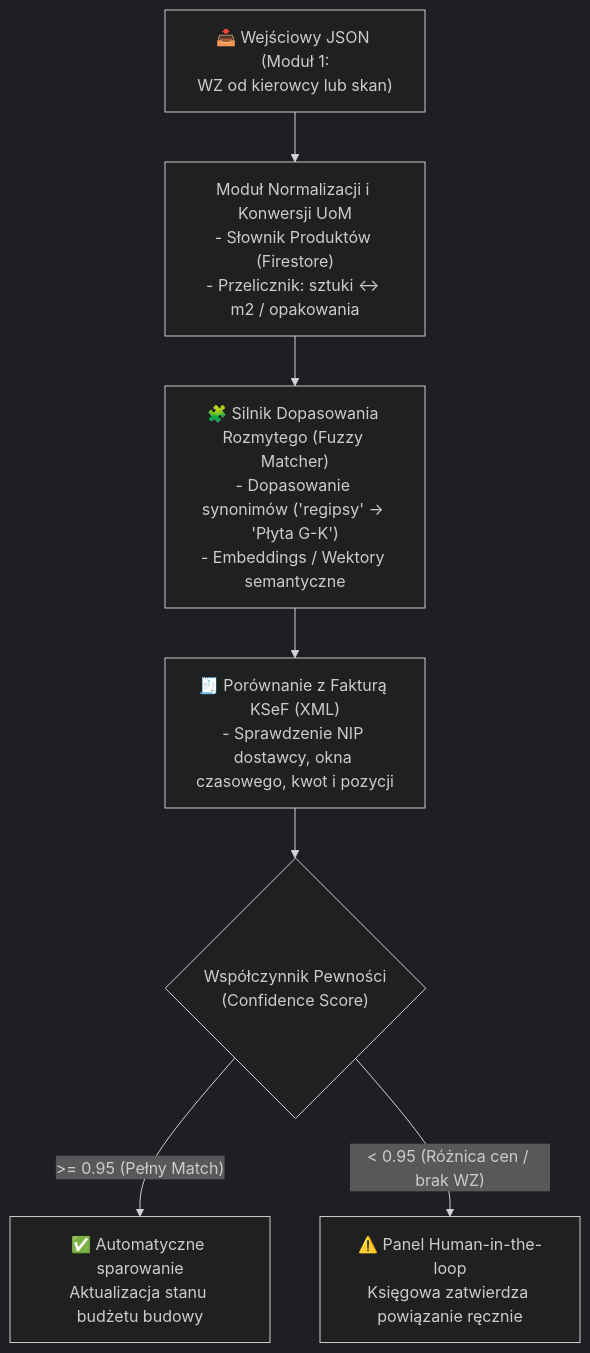
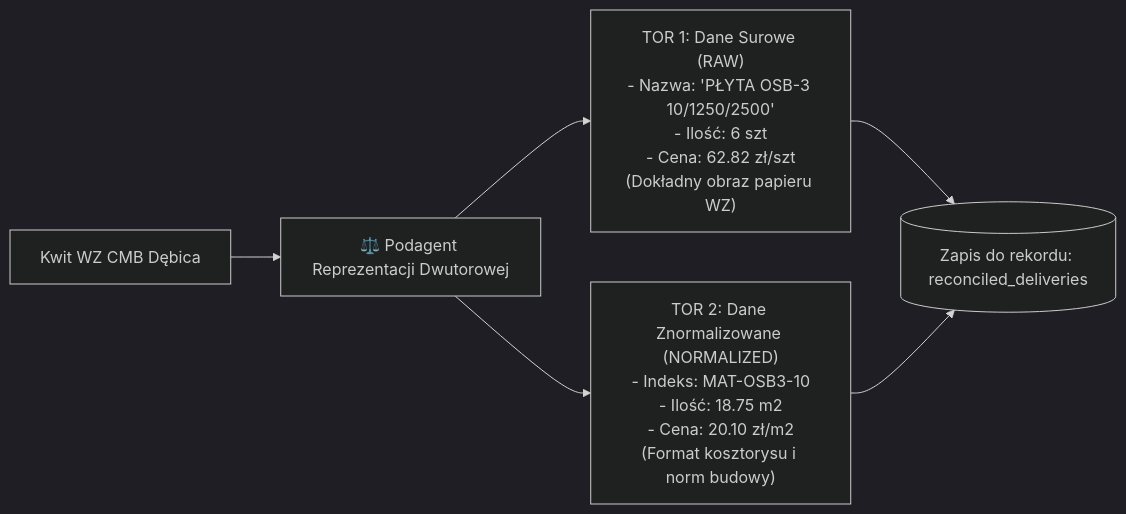
The fourth of 6 diagrams in biuro-ai.md (pesamfinal-svg/pesamsystem), drawn with Mermaid (dark theme) before and after one commit. The commit also changed other lines of this file and 17 other files, not shown here.

````diff
--- a/biuro-ai.md
+++ b/biuro-ai.md
@@ -136,13 +191,10 @@
 ```mermaid
-flowchart TD
-    IN["📥 Wejściowy JSON (Moduł 1:\nWZ od kierowcy lub skan)"] --> NORM["Moduł Normalizacji i Konwersji UoM\n- Słownik Produktów (Firestore)\n- Przelicznik: sztuki <-> m2 / opakowania"]
-    
-    NORM --> FUZZY["🧩 Silnik Dopasowania Rozmytego (Fuzzy Matcher)\n- Dopasowanie synonimów ('regipsy' -> 'Płyta G-K')\n- Embeddings / Wektory semantyczne"]
-    
-    FUZZY --> COMP["🧾 Porównanie z Fakturą KSeF (XML)\n- Sprawdzenie NIP dostawcy, okna czasowego, kwot i pozycji"]
-    
-    COMP --> DEC{"Współczynnik Pewności\n(Confidence Score)"}
-    
-    DEC -->|">= 0.95 (Pełny Match)"| AUTO["✅ Automatyczne sparowanie\nAktualizacja stanu budżetu budowy"]
-    DEC -->|"< 0.95 (Różnica cen / brak WZ)"| HITL["⚠️ Panel Human-in-the-loop\nKsięgowa zatwierdza powiązanie ręcznie"]
+flowchart LR
+    WZ["Kwit WZ CMB Dębica"] --> DUAL["⚖️ Podagent Reprezentacji Dwutorowej"]
+
+    DUAL --> TOR1["TOR 1: Dane Surowe (RAW)\n- Nazwa: 'PŁYTA OSB-3 10/1250/2500'\n- Ilość: 6 szt\n- Cena: 62.82 zł/szt\n(Dokładny obraz papieru WZ)"]
+
+    DUAL --> TOR2["TOR 2: Dane Znormalizowane (NORMALIZED)\n- Indeks: MAT-OSB3-10\n- Ilość: 18.75 m2\n- Cena: 20.10 zł/m2\n(Format kosztorysu i norm budowy)"]
+
+    TOR1 & TOR2 --> DB[("Zapis do rekordu: reconciled_deliveries")]
 ```
````
